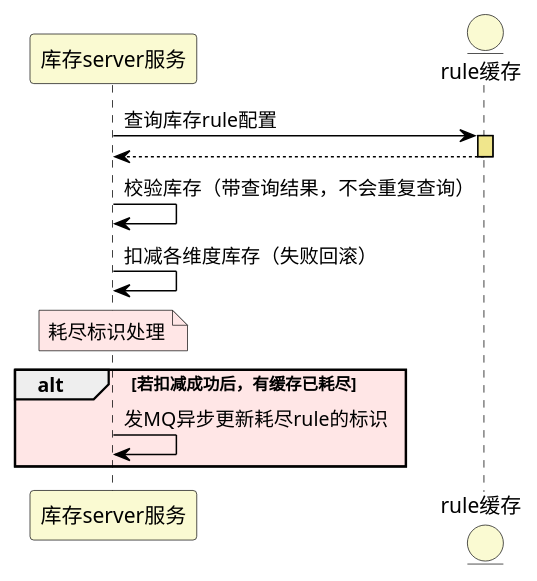
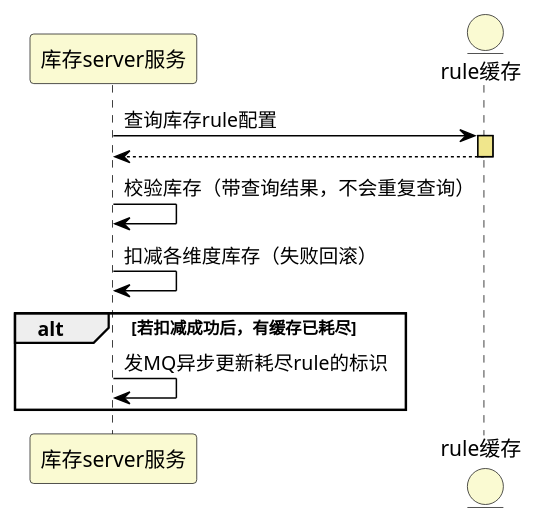
The diagram in src/coupon/new/Deduct3.puml (zhangbotong/mt-plantuml), drawn with PlantUML before and after one commit. The commit also changed 10 other files, not shown here.

```diff
--- a/src/coupon/new/Deduct3.puml
+++ b/src/coupon/new/Deduct3.puml
@@ -1,29 +1,28 @@
 @startuml
 skinparam DatabaseBackgroundColor lightgoldenrodyellow
 skinparam EntityBackgroundColor lightgoldenrodyellow
 skinparam sequence {
     ArrowColor black
     LifeLineBorderColor black
     LifeLineBackgroundColor khaki
     ParticipantBackgroundColor lightgoldenrodyellow
 }
 
 skinparam note {
     BackgroundColor #FFE6E6
 }
 
 participant 库存server服务 as QS
 entity rule缓存 as DB
 
 QS -> DB++: 查询库存rule配置
 return
 
 QS -> QS: 校验库存（带查询结果，不会重复查询）
 
 QS -> QS: 扣减各维度库存（失败回滚）
 
-note over QS: 耗尽标识处理
-alt #FFE6E6 若扣减成功后，有缓存已耗尽
+alt 若扣减成功后，有缓存已耗尽
     QS -> QS: 发MQ异步更新耗尽rule的标识
 end
 @enduml
```
